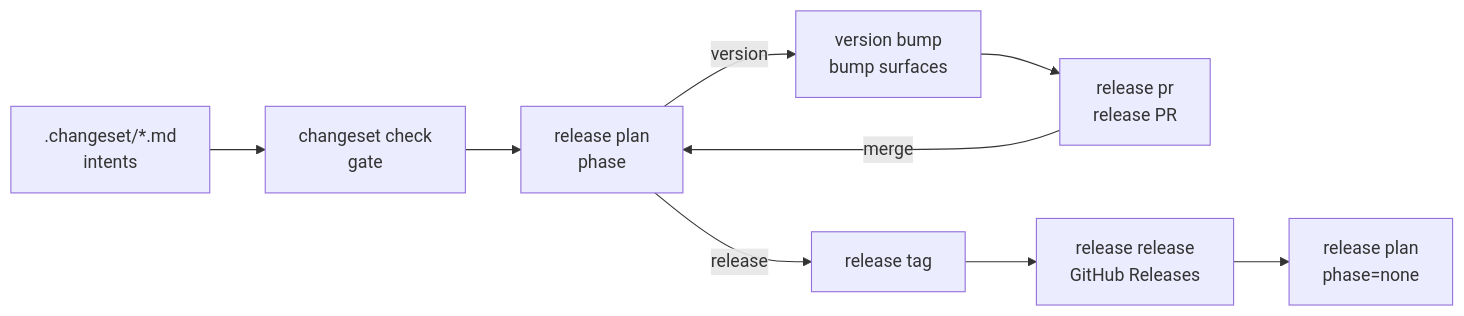
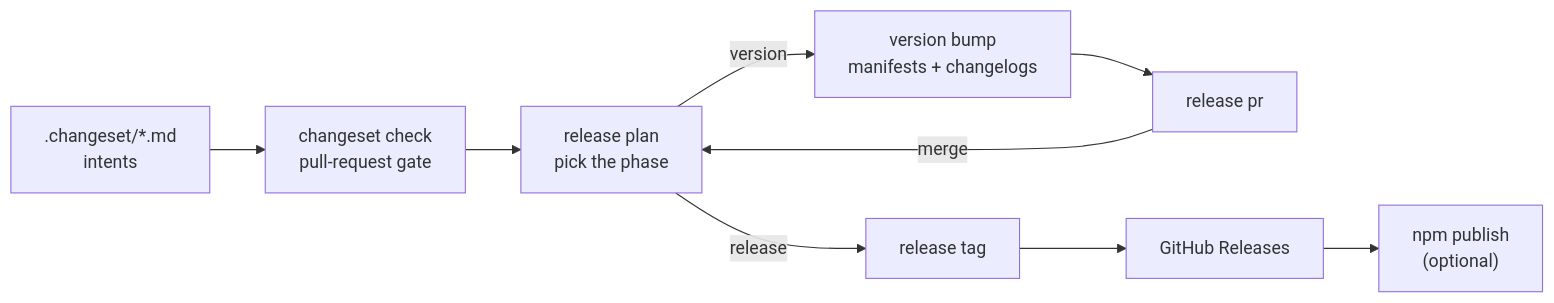
One commit to systemfsoftware/pnpm-release-management changed the diagram in README.md. Above: the diagram before and after it, drawn with Mermaid. The commit also changed other lines of this file and 1 other file, not shown here.

First line of the commit message:
docs: rewrite the README; use the bundled npm in npm-trust (#139)

````diff
--- a/README.md
+++ b/README.md
@@ -12,11 +9,11 @@
 ```mermaid
 flowchart LR
-  A[".changeset/*.md<br/>intents"] --> B["changeset check<br/>gate"]
-  B --> C["release plan<br/>phase"]
-  C -->|version| D["version bump<br/>bump surfaces"]
-  D --> E["release pr<br/>release PR"]
+  A[".changeset/*.md<br/>intents"] --> B["changeset check<br/>pull-request gate"]
+  B --> C["release plan<br/>pick the phase"]
+  C -->|version| D["version bump<br/>manifests + changelogs"]
+  D --> E["release pr"]
   E -->|merge| C
   C -->|release| G["release tag"]
-  G --> H["release release<br/>GitHub Releases"]
-  H --> I["release plan<br/>phase=none"]
+  G --> H["GitHub Releases"]
+  H --> P["npm publish<br/>(optional)"]
 ```
````
